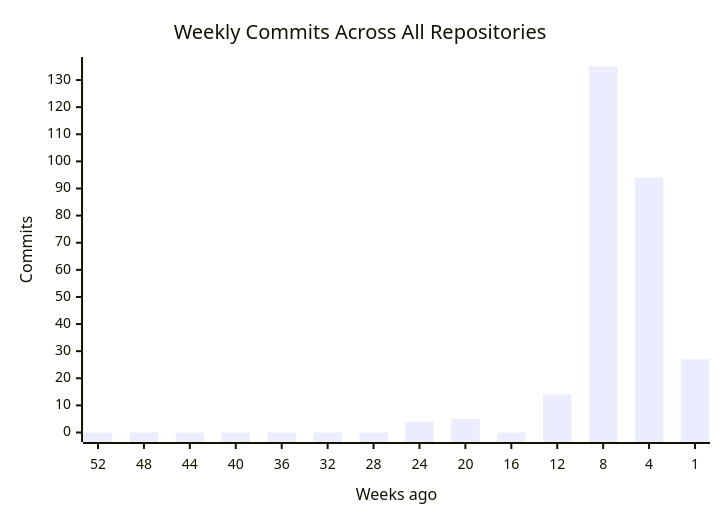
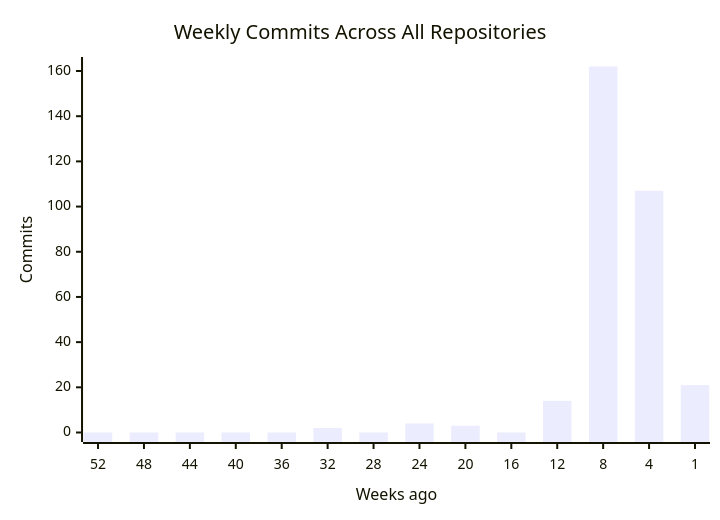
Before and after one commit to CSTH-Projects/.github: the first of 4 diagrams in profile/README.md, drawn with Mermaid. The commit also changed other lines of this file, not shown here.

````diff
--- a/profile/README.md
+++ b/profile/README.md
@@ -16,7 +16,7 @@
 ```mermaid
 xychart-beta
     title "Weekly Commits Across All Repositories"
     x-axis "Weeks ago" [52, 48, 44, 40, 36, 32, 28, 24, 20, 16, 12, 8, 4, 1]
     y-axis "Commits"
-    bar [0, 0, 0, 0, 0, 0, 0, 4, 5, 0, 14, 135, 94, 27]
+    bar [0, 0, 0, 0, 0, 2, 0, 4, 3, 0, 14, 162, 107, 21]
 ```
````
